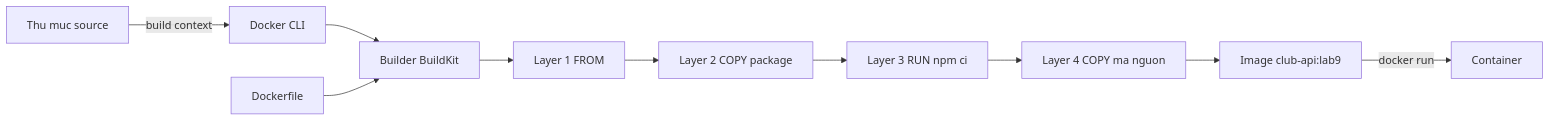
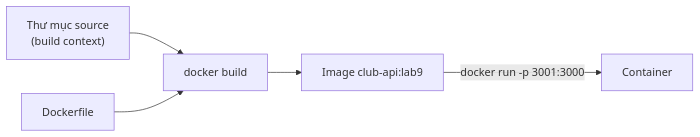
One commit to TienNHM/devops-course changed the diagram in labs/week-05/session-09.md. Above: the diagram before and after it, drawn with Mermaid. The commit also changed other lines of this file and 266 other files, not shown here.

````diff
--- a/labs/week-05/session-09.md
+++ b/labs/week-05/session-09.md
@@ -80,12 +65,7 @@
 ```mermaid
 flowchart LR
-  A["Thu muc source"] -->|"build context"| B["Docker CLI"]
-  B --> C["Builder BuildKit"]
-  D["Dockerfile"] --> C
-  C --> E["Layer 1 FROM"]
-  E --> F["Layer 2 COPY package"]
-  F --> G["Layer 3 RUN npm ci"]
-  G --> H["Layer 4 COPY ma nguon"]
-  H --> I["Image club-api:lab9"]
-  I -->|"docker run"| J["Container"]
+  A["Thư mục source<br/>(build context)"] --> B["docker build"]
+  D["Dockerfile"] --> B
+  B --> I["Image club-api:lab9"]
+  I -->|"docker run -p 3001:3000"| C["Container"]
 ```
````
